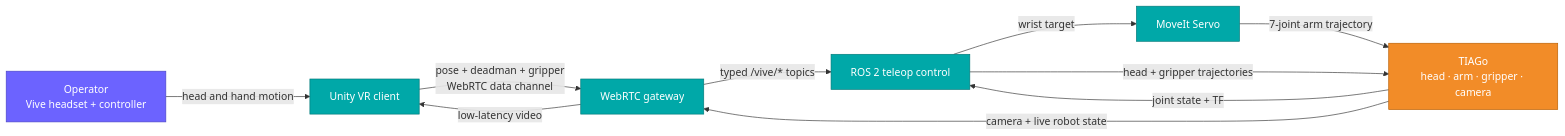
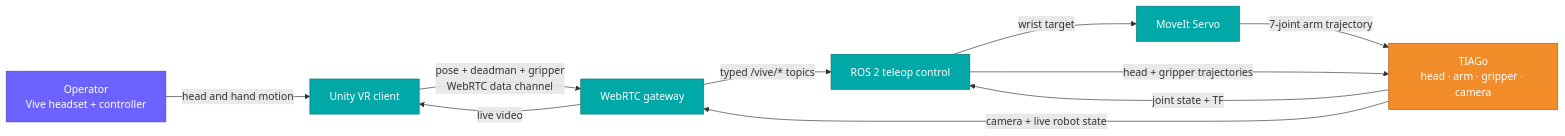
The first of 2 diagrams in README.md (ichores-research/vive_teleop), drawn with Mermaid before and after one commit. The commit also changed other lines of this file and 47 other files, not shown here.

````diff
--- a/README.md
+++ b/README.md
@@ -61,26 +61,26 @@
 ```mermaid
 flowchart LR
     O["Operator<br/>Vive headset + controller"]
     U["Unity VR client"]
     W["WebRTC gateway"]
     T["ROS 2 teleop control"]
     S["MoveIt Servo"]
     R["TIAGo<br/>head · arm · gripper · camera"]
 
     O -->|head and hand motion| U
     U -->|pose + deadman + gripper<br/>WebRTC data channel| W
     W -->|typed /vive/* topics| T
     T -->|wrist target| S
     T -->|head + gripper trajectories| R
     S -->|7-joint arm trajectory| R
     R -->|camera + live robot state| W
     R -->|joint state + TF| T
-    W -->|low-latency video| U
+    W -->|live video| U
 
     classDef human fill:#6C63FF,color:#fff,stroke:#4B44C4
     classDef client fill:#00A8A8,color:#fff,stroke:#007878
     classDef robot fill:#F28C28,color:#fff,stroke:#B85E00
     class O human
     class U,W,T,S client
     class R robot
 ```
````
